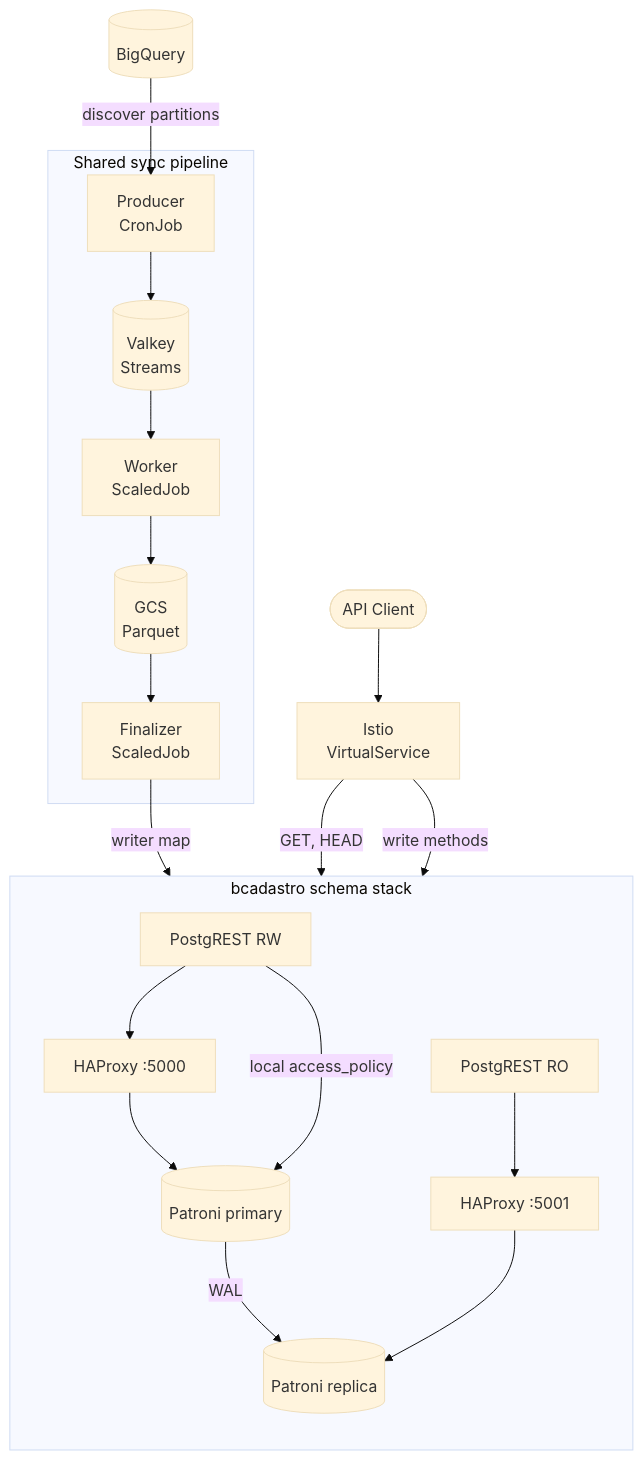
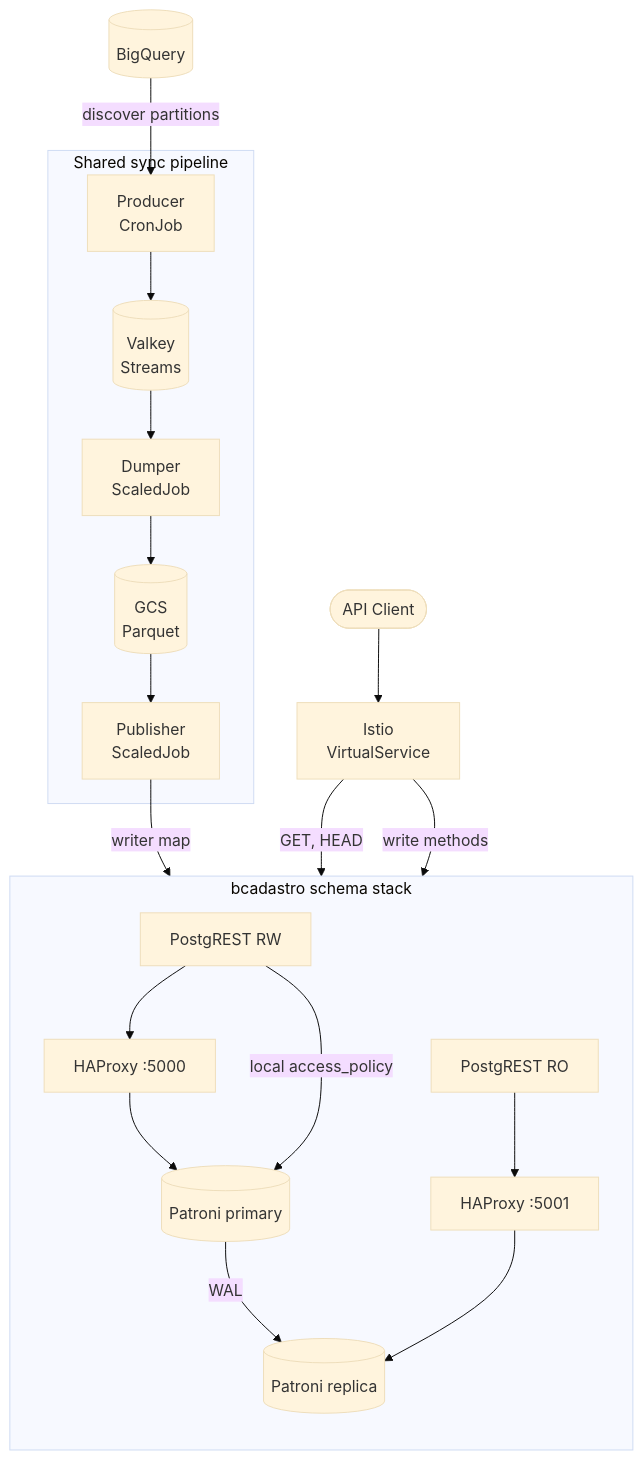
One commit to prefeitura-rio/data-proxy changed the second of 2 diagrams in docs/architecture.md. Above: the diagram before and after it, drawn with Mermaid (base theme). The commit also changed other lines of this file and 57 other files, not shown here.

````diff
--- a/docs/architecture.md
+++ b/docs/architecture.md
@@ -70,29 +70,29 @@
 ```mermaid
 flowchart TD
     BQ[(BigQuery)]
     R[(Valkey\nStreams)]
     GCS[(GCS\nParquet)]
     API[Istio\nVirtualService]
     Client([API Client])
 
     subgraph pipeline[Shared sync pipeline]
-        P[Producer\nCronJob] --> R --> W[Worker\nScaledJob]
-        W --> GCS --> FIN[Finalizer\nScaledJob]
+        P[Producer\nCronJob] --> R --> W[Dumper\nScaledJob]
+        W --> GCS --> FIN[Publisher\nScaledJob]
     end
 
     subgraph cadastro[bcadastro schema stack]
         direction TB
         PRW1[PostgREST RW] --> H1[HAProxy :5000]
         PRO1[PostgREST RO] --> H1R[HAProxy :5001]
         H1 --> PG1[(Patroni primary)]
         PG1 -->|WAL| PG2[(Patroni replica)]
         H1R --> PG2
     end
 
     BQ -->|discover partitions| P
     FIN -->|writer map| H1
     Client --> API
     API -->|GET, HEAD| PRO1
     API -->|write methods| PRW1
     PRW1 -->|local access_policy| PG1
 ```
````
